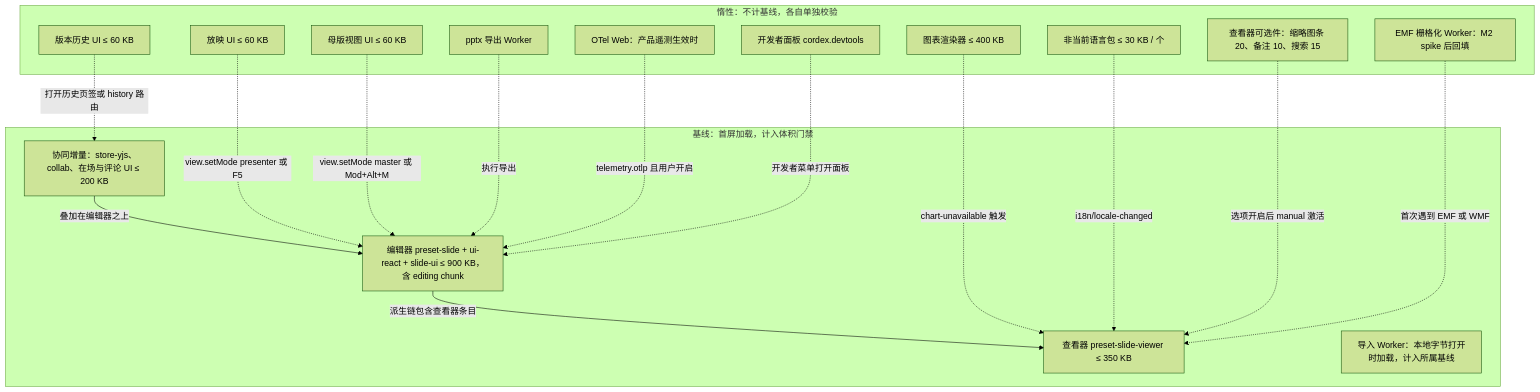
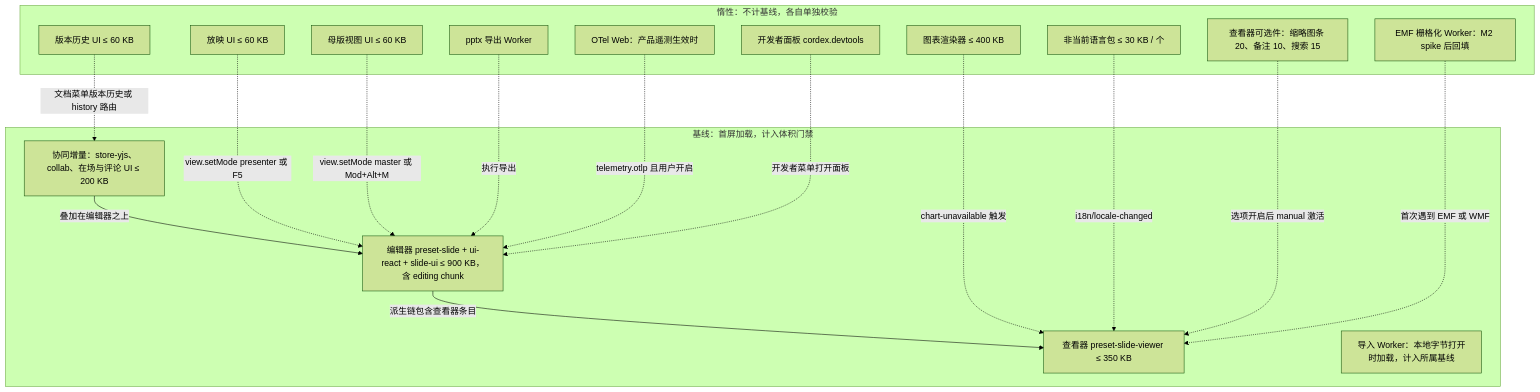
Before and after one commit to Xeonice/cordis-ppt-editor: the third of 6 diagrams in docs/50-frontend/13-performance-and-bundling.md, drawn with Mermaid (forest theme). The commit also changed other lines of this file and 25 other files, not shown here.

````diff
--- a/docs/50-frontend/13-performance-and-bundling.md
+++ b/docs/50-frontend/13-performance-and-bundling.md
@@ -224,33 +225,33 @@
 ```mermaid
 flowchart TB
   subgraph base["基线：首屏加载，计入体积门禁"]
     viewerB["查看器 preset-slide-viewer ≤ 350 KB"]
     editorB["编辑器 preset-slide + ui-react + slide-ui ≤ 900 KB，含 editing chunk"]
     collabB["协同增量：store-yjs、collab、在场与评论 UI ≤ 200 KB"]
     importW["导入 Worker：本地字节打开时加载，计入所属基线"]
   end
   subgraph lazy["惰性：不计基线，各自单独校验"]
     chart["图表渲染器 ≤ 400 KB"]
     locale["非当前语言包 ≤ 30 KB / 个"]
     viewerOpt["查看器可选件：缩略图条 20、备注 10、搜索 15"]
     present["放映 UI ≤ 60 KB"]
     master["母版视图 UI ≤ 60 KB"]
     history["版本历史 UI ≤ 60 KB"]
     emf["EMF 栅格化 Worker：M2 spike 后回填"]
     exportW["pptx 导出 Worker"]
     otel["OTel Web：产品遥测生效时"]
     devtools["开发者面板 cordex.devtools"]
   end
   editorB -- "派生链包含查看器条目" --> viewerB
   collabB -- "叠加在编辑器之上" --> editorB
   chart -. "chart-unavailable 触发" .-> viewerB
   locale -. "i18n/locale-changed" .-> viewerB
   viewerOpt -. "选项开启后 manual 激活" .-> viewerB
   emf -. "首次遇到 EMF 或 WMF" .-> viewerB
   present -. "view.setMode presenter 或 F5" .-> editorB
   master -. "view.setMode master 或 Mod+Alt+M" .-> editorB
   exportW -. "执行导出" .-> editorB
-  history -. "打开历史页签或 history 路由" .-> collabB
+  history -. "文档菜单版本历史或 history 路由" .-> collabB
   otel -. "telemetry.otlp 且用户开启" .-> editorB
   devtools -. "开发者菜单打开面板" .-> editorB
 ```
````
